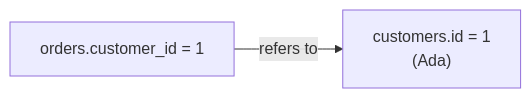
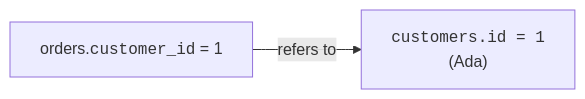
One commit to dataslope/dataslope changed the second of 3 diagrams in content/learn/intro-sql-postgres/foreign-keys.mdx. Above: the diagram before and after it, drawn with Mermaid. The commit also changed other lines of this file and 218 other files, not shown here.

First line of the commit message:
Render code-only mermaid shapes in monospace; convert step sequences to Steps (#467)

````diff
--- a/content/learn/intro-sql-postgres/foreign-keys.mdx
+++ b/content/learn/intro-sql-postgres/foreign-keys.mdx
@@ -35,4 +35,4 @@
 ```mermaid
 flowchart LR
-    O["orders.customer_id = 1"] -->|"refers to"| C["customers.id = 1<br/>(Ada)"]
+    O["orders.<code>customer_id</code> = 1"] -->|"refers to"| C["<code>customers.id = 1</code><br/>(Ada)"]
 ```
````
